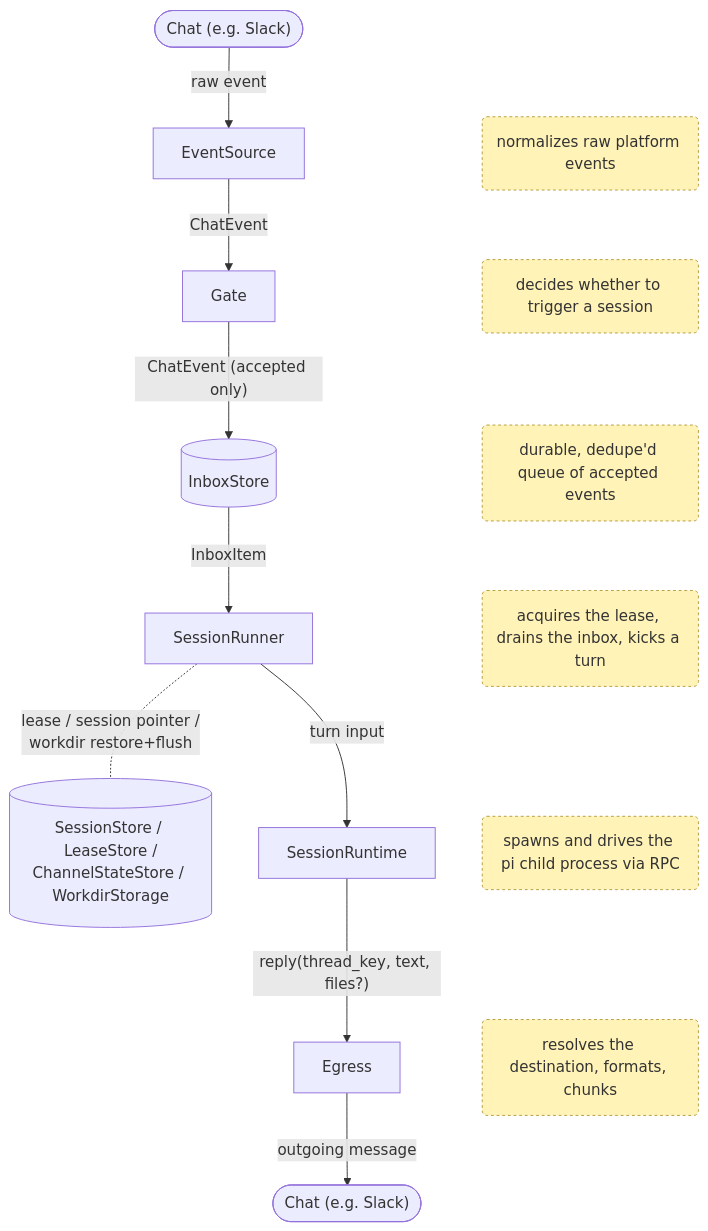
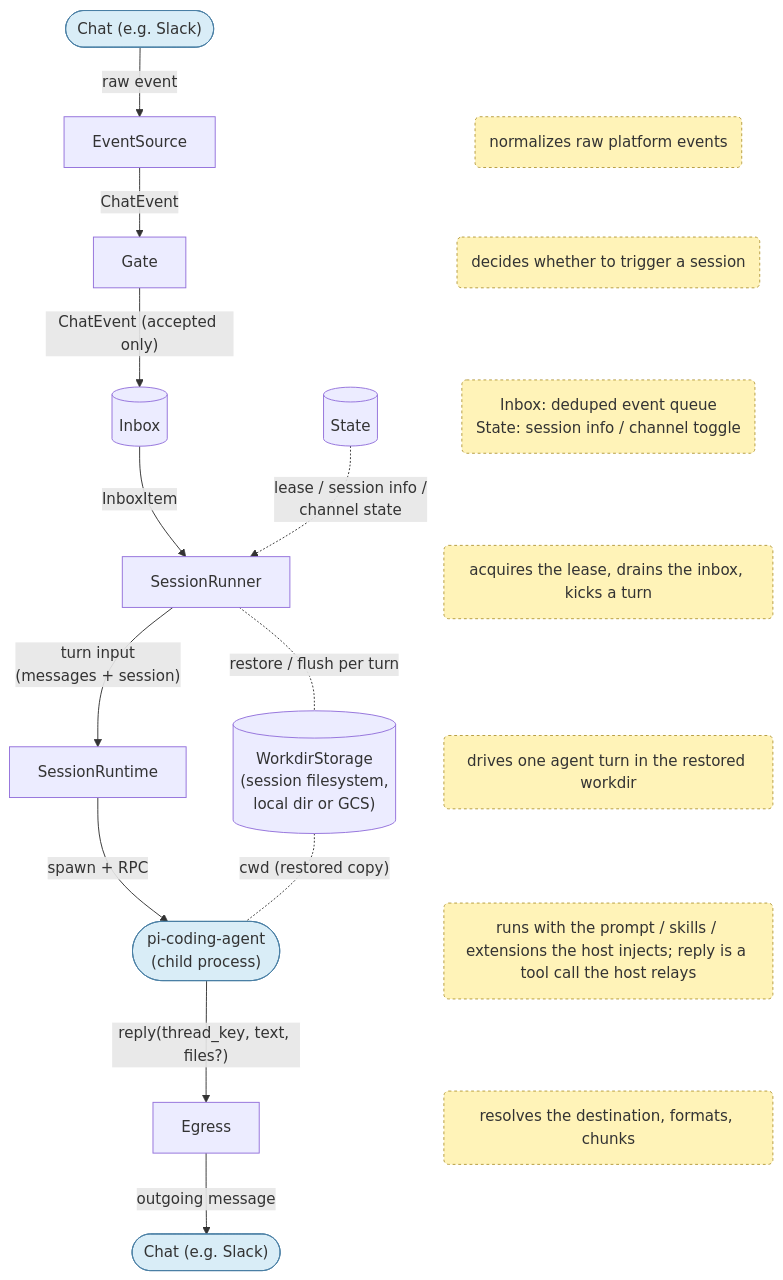
The diagram in README.md (pokutuna/pi-chat-runner), drawn with Mermaid before and after one commit. The commit also changed other lines of this file, not shown here.

First line of the commit message:
docs: README の Components 図とコネクタ節を整理

````diff
--- a/README.md
+++ b/README.md
@@ -19,39 +19,47 @@
 ```mermaid
+%%{init: {"flowchart": {"wrappingWidth": 320}}}%%
 flowchart TB
-    ChatIn(["Chat (e.g. Slack)"])
-    ChatOut(["Chat (e.g. Slack)"])
-    Store[("SessionStore / LeaseStore /<br/>ChannelStateStore / WorkdirStorage")]
+    ChatIn(["Chat (e.g. Slack)"]):::external
+    ChatOut(["Chat (e.g. Slack)"]):::external
+    State[(State)]
+    Workdir[("WorkdirStorage<br/>(session filesystem,<br/>local dir or GCS)")]
 
     EventSource[EventSource]
     Gate[Gate]
-    Inbox[(InboxStore)]
+    Inbox[(Inbox)]
     Runner[SessionRunner]
     Runtime[SessionRuntime]
     Egress[Egress]
+    Pi(["pi-coding-agent<br/>(child process)"]):::external
 
     NoteES("normalizes raw platform events"):::note
     NoteGate("decides whether to trigger a session"):::note
-    NoteInbox("durable, dedupe'd queue of accepted events"):::note
+    NoteInbox("Inbox: deduped event queue<br/>State: session info / channel toggle"):::note
     NoteRunner("acquires the lease, drains the inbox, kicks a turn"):::note
-    NoteRuntime("spawns and drives the pi child process via RPC"):::note
+    NoteRuntime("drives one agent turn in the restored workdir"):::note
+    NotePi("runs with the prompt / skills / extensions the host injects; reply is a tool call the host relays"):::note
     NoteEgress("resolves the destination, formats, chunks"):::note
 
     ChatIn -->|raw event| EventSource
     EventSource -->|ChatEvent| Gate
     Gate -->|"ChatEvent (accepted only)"| Inbox
     Inbox -->|InboxItem| Runner
-    Runner -->|turn input| Runtime
-    Runtime -->|"reply(thread_key, text, files?)"| Egress
+    Runner -->|"turn input<br/>(messages + session)"| Runtime
+    Runtime -->|"spawn + RPC"| Pi
+    Pi -->|"reply(thread_key, text, files?)"| Egress
     Egress -->|outgoing message| ChatOut
-    Runner -.-|"lease / session pointer /<br/>workdir restore+flush"| Store
+    State -.->|"lease / session info /<br/>channel state"| Runner
+    Runner -.-|"restore / flush per turn"| Workdir
+    Workdir -.-|"cwd (restored copy)"| Pi
 
     %% notes form an invisible parallel column, each aligned with its component's rank.
     %% NoteAnchor (hidden) keeps the note column independent of the main chain so
     %% the main chain's edges stay straight.
     NoteAnchor[ ]:::hidden
     NoteAnchor ~~~ NoteES
-    NoteES ~~~ NoteGate ~~~ NoteInbox ~~~ NoteRunner ~~~ NoteRuntime ~~~ NoteEgress
+    NoteES ~~~ NoteGate ~~~ NoteInbox ~~~ NoteRunner ~~~ NoteRuntime ~~~ NotePi ~~~ NoteEgress
 
     classDef note fill:#fff3b8,stroke:#b59a3b,color:#333,stroke-dasharray:3 3
+    classDef external fill:#d9edf7,stroke:#4a7fa5,color:#333
     classDef hidden fill:none,stroke:none,color:transparent
 ```
````
